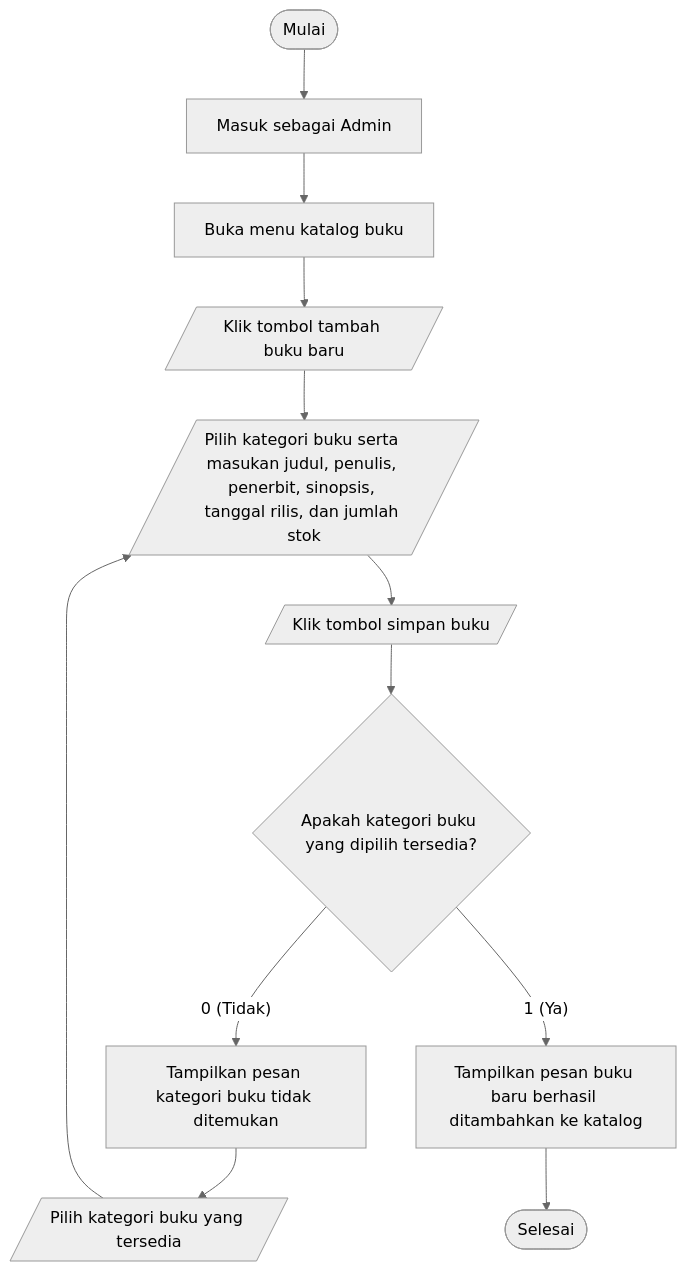
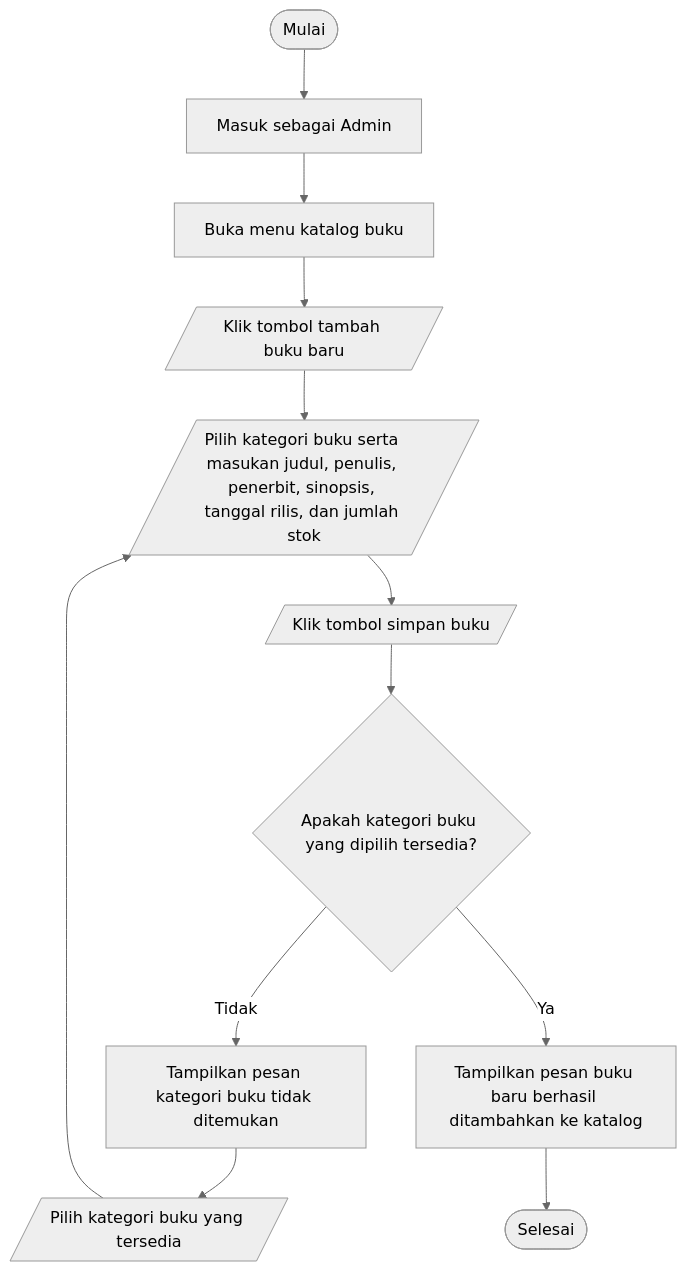
Before and after one commit to dimstyle/ruang-baca: the diagram in docs/uml/src/diagrams/list-diagrams/flowchart-createbook.mmd, drawn with Mermaid (neutral theme). The commit also changed 134 other files, not shown here.

Commit message:
docs(diagrams): add Chen ERD, use parallelograms for activity I/O, fix layouts, and simplify Ya/Tidak labels

```diff
--- a/docs/uml/src/diagrams/list-diagrams/flowchart-createbook.mmd
+++ b/docs/uml/src/diagrams/list-diagrams/flowchart-createbook.mmd
@@ -1,12 +1,12 @@
 flowchart TD
     start(["Mulai"]) --> loginAdmin["Masuk sebagai Admin"]
     loginAdmin --> openMenu["Buka menu katalog buku"]
     openMenu --> clickAdd[/"Klik tombol tambah buku baru"/]
     clickAdd --> inputForm[/"Pilih kategori buku serta masukan judul, penulis, penerbit, sinopsis, tanggal rilis, dan jumlah stok"/]
     inputForm --> clickSave[/"Klik tombol simpan buku"/]
     clickSave --> checkCat{"Apakah kategori buku yang dipilih tersedia?"}
-    checkCat -->|"0 (Tidak)"| warnCat["Tampilkan pesan kategori buku tidak ditemukan"]
+    checkCat -->|"Tidak"| warnCat["Tampilkan pesan kategori buku tidak ditemukan"]
     warnCat --> selectCat[/"Pilih kategori buku yang tersedia"/]
     selectCat --> inputForm
-    checkCat -->|"1 (Ya)"| created["Tampilkan pesan buku baru berhasil ditambahkan ke katalog"]
+    checkCat -->|"Ya"| created["Tampilkan pesan buku baru berhasil ditambahkan ke katalog"]
     created --> finish(["Selesai"])
```
